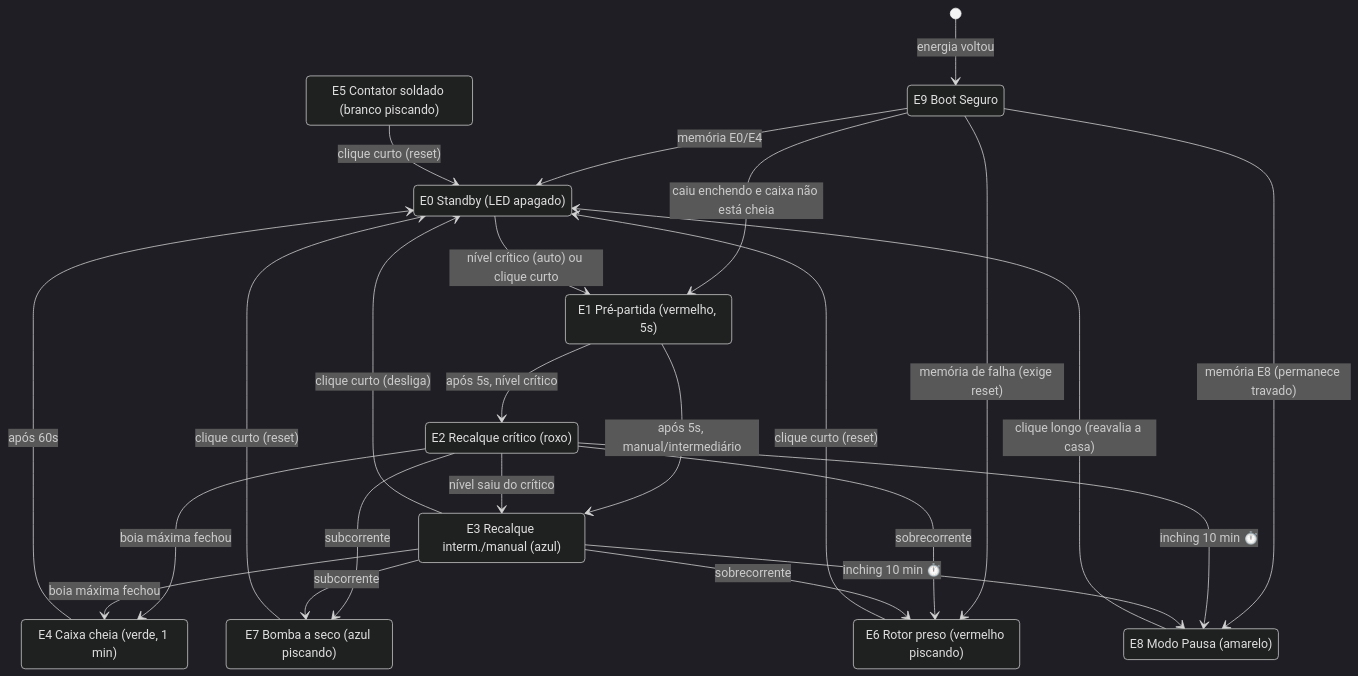
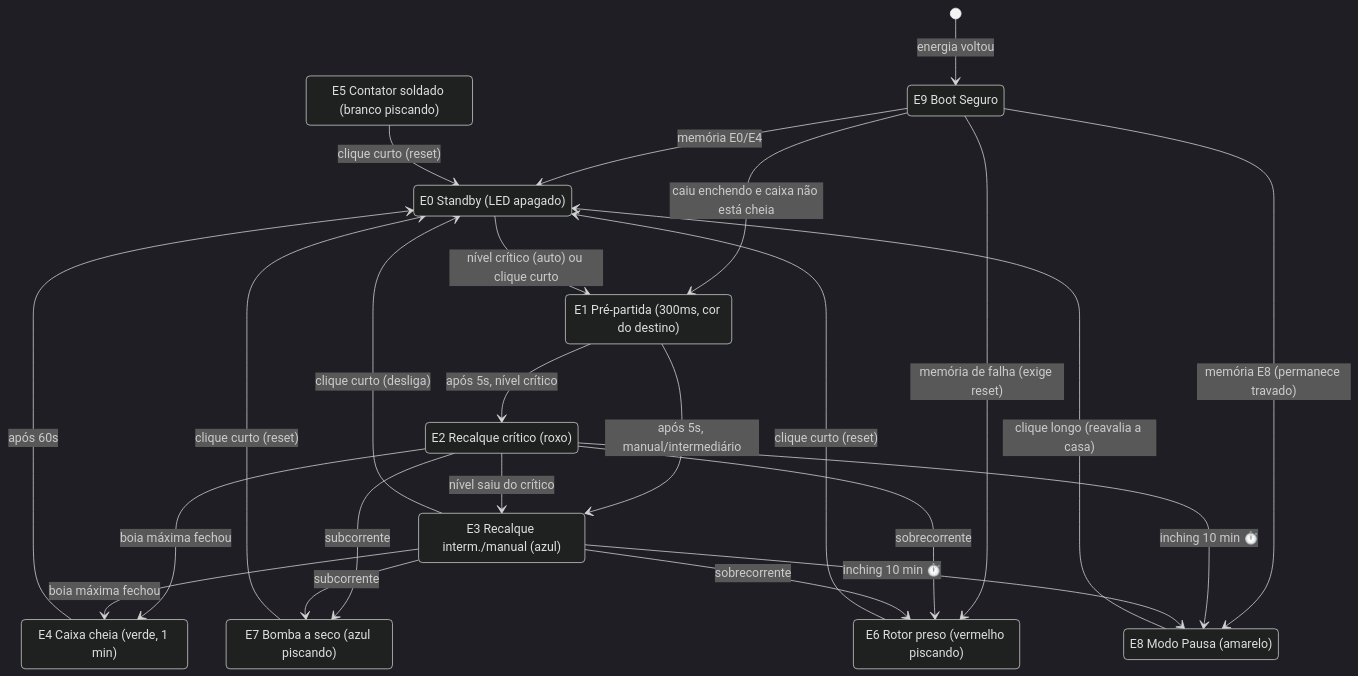
One commit to willianrupert/caixa-dagua-esphome changed the diagram in README.md. Above: the diagram before and after it, drawn with Mermaid (dark theme). The commit also changed other lines of this file and 2 other files, not shown here.

First paragraph of the commit message:
E1 perde a cor própria e a espera cai de 5s para 300ms
O E1 Pré-partida acendia vermelho sólido por 5 segundos antes de ligar a
bomba. Duas coisas estavam erradas nisso.

````diff
--- a/README.md
+++ b/README.md
@@ -28,41 +28,41 @@
 ```mermaid
 stateDiagram-v2
     direction TB
     [*] --> E9: energia voltou
     E9: E9 Boot Seguro
     E0: E0 Standby (LED apagado)
-    E1: E1 Pré-partida (vermelho, 5s)
+    E1: E1 Pré-partida (300ms, cor do destino)
     E2: E2 Recalque crítico (roxo)
     E3: E3 Recalque interm./manual (azul)
     E4: E4 Caixa cheia (verde, 1 min)
     E5: E5 Contator soldado (branco piscando)
     E6: E6 Rotor preso (vermelho piscando)
     E7: E7 Bomba a seco (azul piscando)
     E8: E8 Modo Pausa (amarelo)
 
     E9 --> E0: memória E0/E4
     E9 --> E1: caiu enchendo e caixa não está cheia
     E9 --> E8: memória E8 (permanece travado)
     E9 --> E6: memória de falha (exige reset)
 
     E0 --> E1: nível crítico (auto) ou clique curto
     E1 --> E2: após 5s, nível crítico
     E1 --> E3: após 5s, manual/intermediário
     E2 --> E3: nível saiu do crítico
     E2 --> E4: boia máxima fechou
     E3 --> E4: boia máxima fechou
     E3 --> E0: clique curto (desliga)
     E4 --> E0: após 60s
 
     E2 --> E6: sobrecorrente
     E2 --> E7: subcorrente
     E3 --> E6: sobrecorrente
     E3 --> E7: subcorrente
     E6 --> E0: clique curto (reset)
     E7 --> E0: clique curto (reset)
     E5 --> E0: clique curto (reset)
 
     E2 --> E8: inching 10 min ⏱️
     E3 --> E8: inching 10 min ⏱️
     E8 --> E0: clique longo (reavalia a casa)
 ```
````
